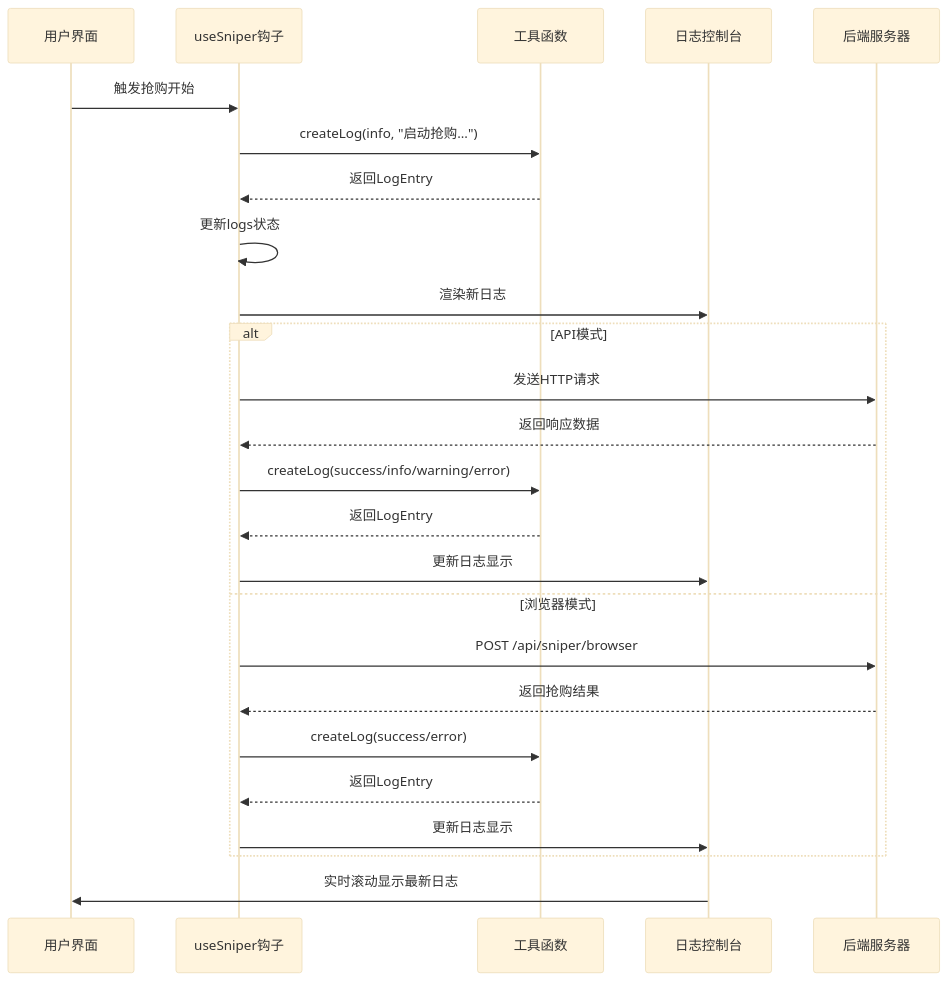
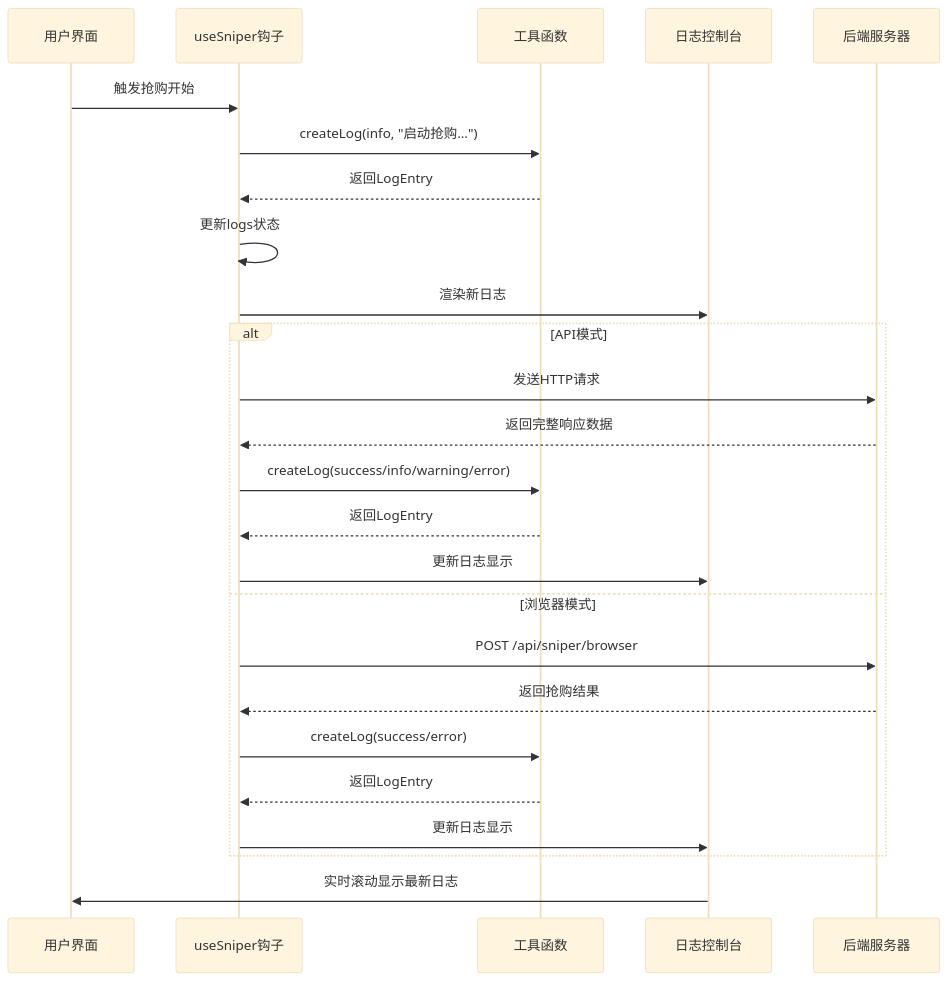
Before and after one commit to 16499259-oss/GLM-sniper: the third of 11 diagrams in .qoder/repowiki/zh/content/项目概述/核心功能特性/实时日志系统.md, drawn with Mermaid (base theme). The commit also changed other lines of this file and 4 other files, not shown here.

````diff
--- a/.qoder/repowiki/zh/content/项目概述/核心功能特性/实时日志系统.md
+++ b/.qoder/repowiki/zh/content/项目概述/核心功能特性/实时日志系统.md
@@ -138,27 +138,27 @@
 ```mermaid
 sequenceDiagram
 participant User as 用户界面
 participant Hook as useSniper钩子
 participant Utils as 工具函数
 participant Console as 日志控制台
 participant Server as 后端服务器
 User->>Hook : 触发抢购开始
 Hook->>Utils : createLog(info, "启动抢购...")
 Utils-->>Hook : 返回LogEntry
 Hook->>Hook : 更新logs状态
 Hook->>Console : 渲染新日志
 alt API模式
 Hook->>Server : 发送HTTP请求
-Server-->>Hook : 返回响应数据
+Server-->>Hook : 返回完整响应数据
 Hook->>Utils : createLog(success/info/warning/error)
 Utils-->>Hook : 返回LogEntry
 Hook->>Console : 更新日志显示
 else 浏览器模式
 Hook->>Server : POST /api/sniper/browser
 Server-->>Hook : 返回抢购结果
 Hook->>Utils : createLog(success/error)
 Utils-->>Hook : 返回LogEntry
 Hook->>Console : 更新日志显示
 end
 Console->>User : 实时滚动显示最新日志
 ```
````
